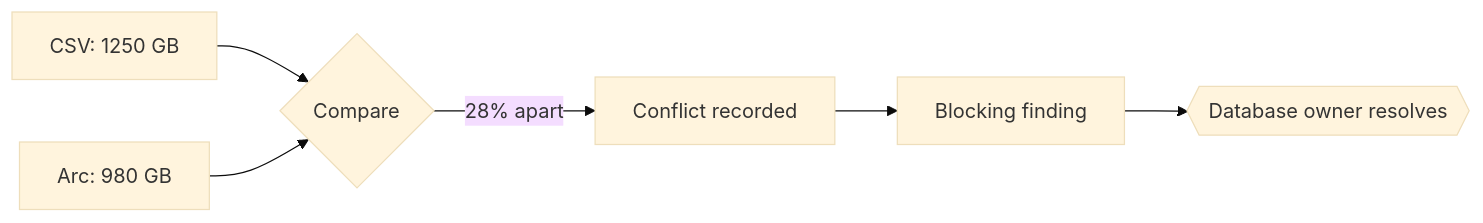
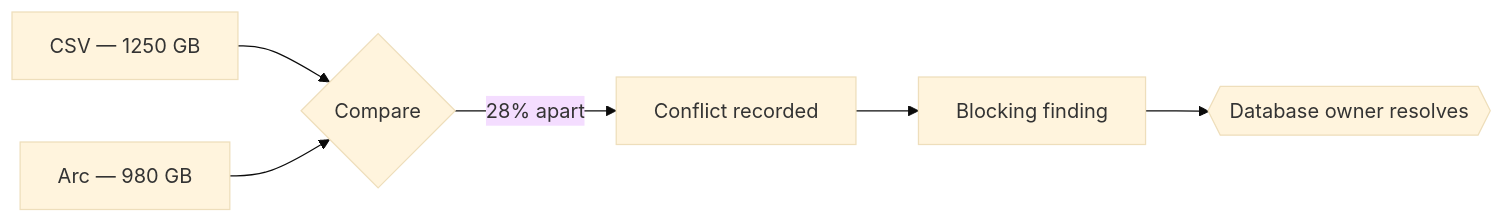
Before and after one commit to gdorovin/fy27-database-modernization-factory: the second of 3 diagrams in docs/architecture/artifact-flow.md, drawn with Mermaid (base theme). The commit also changed 2 other files, not shown here.

Commit message:
fix: repair the Mermaid diagrams that silently failed to render

````diff
--- a/docs/architecture/artifact-flow.md
+++ b/docs/architecture/artifact-flow.md
@@ -56,8 +56,8 @@
 ```mermaid
 flowchart LR
-  A[CSV: 1250 GB] --> C{Compare}
-  B[Arc: 980 GB] --> C
-  C -->|28% apart| CF[Conflict recorded]
-  CF --> BF[Blocking finding]
-  BF --> HR{{Database owner resolves}}
+  A["CSV — 1250 GB"] --> C{Compare}
+  B["Arc — 980 GB"] --> C
+  C -->|28% apart| CF["Conflict recorded"]
+  CF --> BF["Blocking finding"]
+  BF --> HR{{"Database owner resolves"}}
 ```
````
